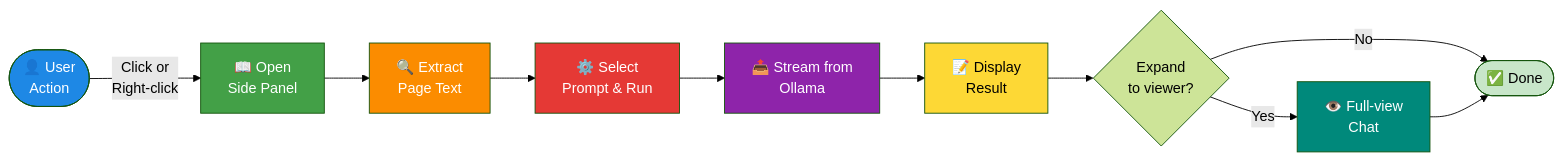
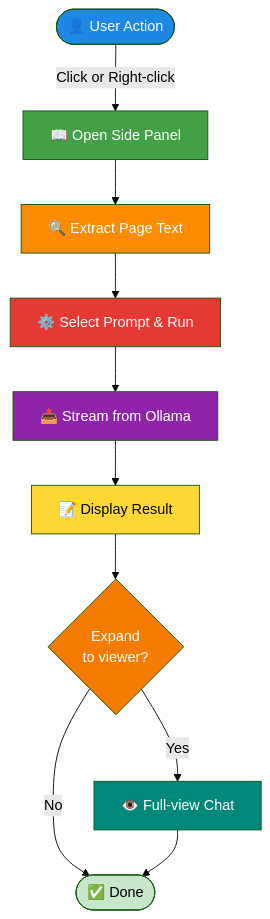
Before and after one commit to ioncat/llm-onpage-summarizer: the diagram in README.md, drawn with Mermaid (forest theme).

````diff
--- a/README.md
+++ b/README.md
@@ -24,21 +24,22 @@
 ```mermaid
-graph LR
-    A([👤 User<br/>Action]) -->|Click or<br/>Right-click| B["📖 Open<br/>Side Panel"]
-    B --> C["🔍 Extract<br/>Page Text"]
-    C --> D["⚙️ Select<br/>Prompt & Run"]
-    D --> E["📤 Stream from<br/>Ollama"]
-    E --> F["📝 Display<br/>Result"]
+graph TD
+    A([👤 User Action]) -->|Click or Right-click| B["📖 Open Side Panel"]
+    B --> C["🔍 Extract Page Text"]
+    C --> D["⚙️ Select Prompt & Run"]
+    D --> E["📤 Stream from Ollama"]
+    E --> F["📝 Display Result"]
     F --> G{Expand<br/>to viewer?}
-    G -->|Yes| H["👁️ Full-view<br/>Chat"]
+    G -->|Yes| H["👁️ Full-view Chat"]
     G -->|No| I([✅ Done])
     H --> I
     
     style A fill:#1e88e5,color:#fff
     style B fill:#43a047,color:#fff
     style C fill:#fb8c00,color:#fff
     style D fill:#e53935,color:#fff
     style E fill:#8e24aa,color:#fff
     style F fill:#fdd835,color:#000
+    style G fill:#f57c00,color:#fff
     style H fill:#00897b,color:#fff
     style I fill:#c8e6c9
 ```
````
